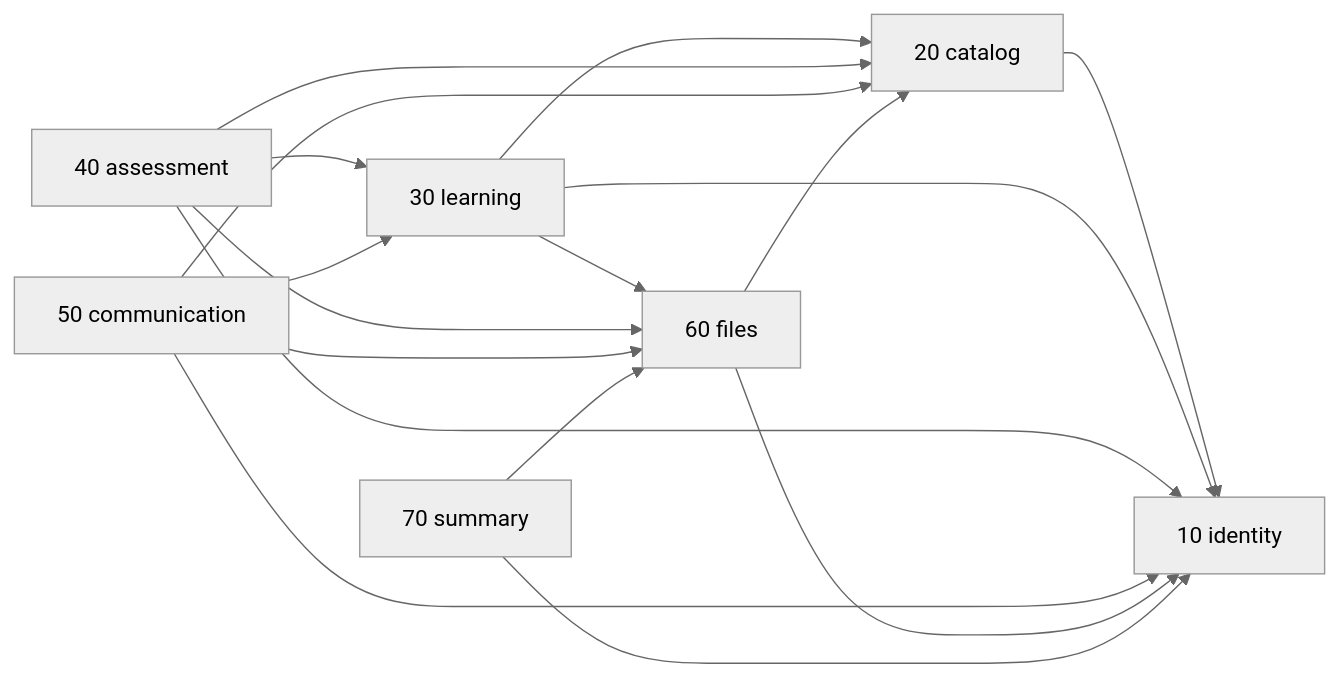
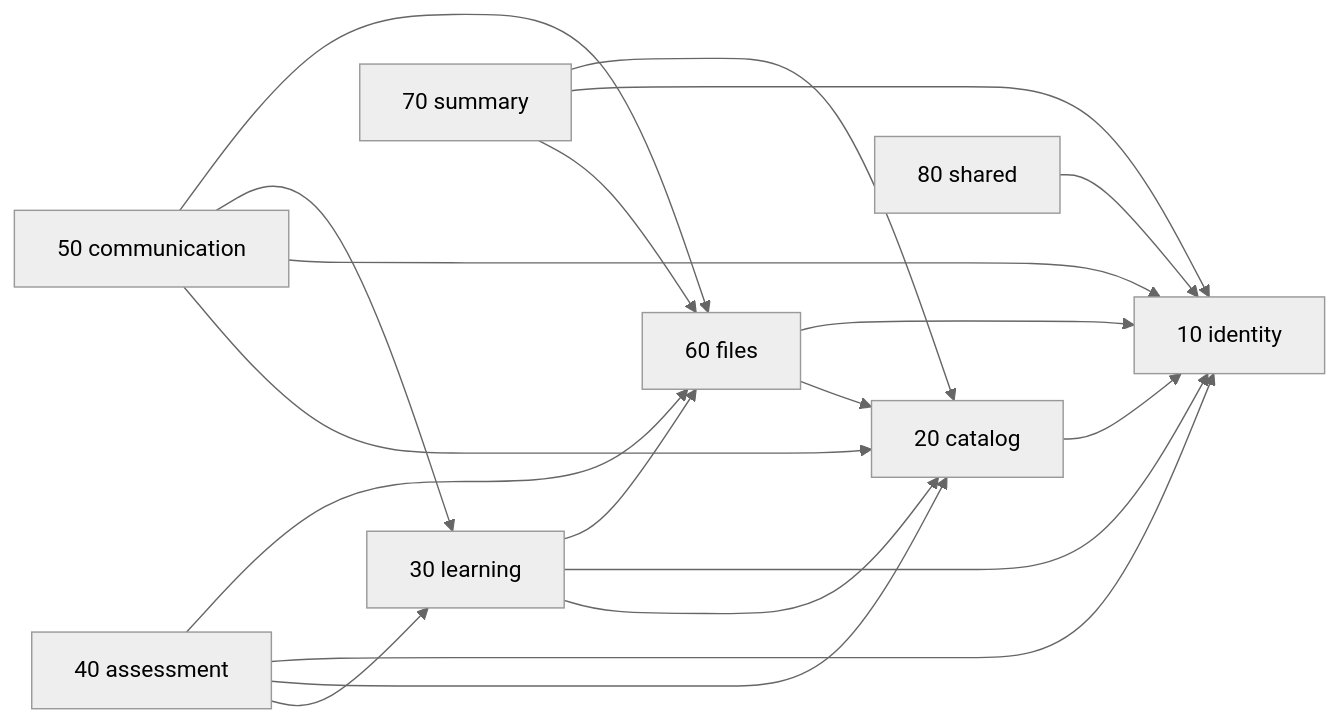
One commit to 2026ENDPoinT/team13 changed the diagram in backend/db/README.md. Above: the diagram before and after it, drawn with Mermaid (neutral theme). The commit also changed other lines of this file and 2 other files, not shown here.

Commit message:
STAC-000 Update C4 views and schema counts for the merged system

````diff
--- a/backend/db/README.md
+++ b/backend/db/README.md
@@ -37,16 +38,18 @@
 ```mermaid
 flowchart LR
   ID["10 identity"]
   CAT["20 catalog"]
   LRN["30 learning"]
   ASM["40 assessment"]
   COM["50 communication"]
   FIL["60 files"]
   SUM["70 summary"]
+  SHR["80 shared"]
   CAT --> ID
   LRN --> CAT & ID & FIL
   ASM --> LRN & CAT & ID & FIL
   COM --> CAT & ID & LRN & FIL
   FIL --> CAT & ID
-  SUM --> FIL & ID
+  SUM --> FIL & ID & CAT
+  SHR --> ID
 ```
````
